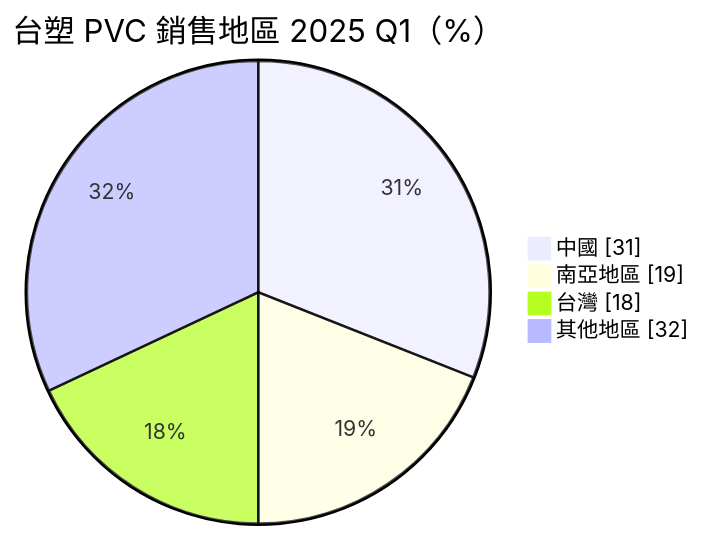
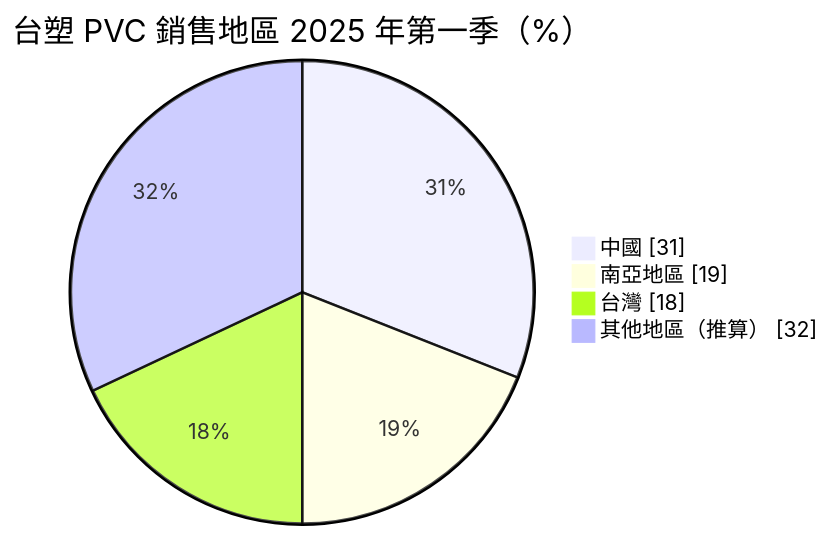
Before and after one commit to wangnick1004/taiwan-stock-vault: the first of 4 diagrams in 個股/台股/1301台塑.md, drawn with Mermaid. The commit also changed other lines of this file and 27 other files, not shown here.

````diff
--- a/個股/台股/1301台塑.md
+++ b/個股/台股/1301台塑.md
@@ -54,8 +54,8 @@
 ```mermaid
 pie showData
-    title 台塑 PVC 銷售地區 2025 Q1（%）
+    title 台塑 PVC 銷售地區 2025 年第一季（%）
     "中國" : 31
     "南亞地區" : 19
     "台灣" : 18
-    "其他地區" : 32
+    "其他地區（推算）" : 32
 ```
````
